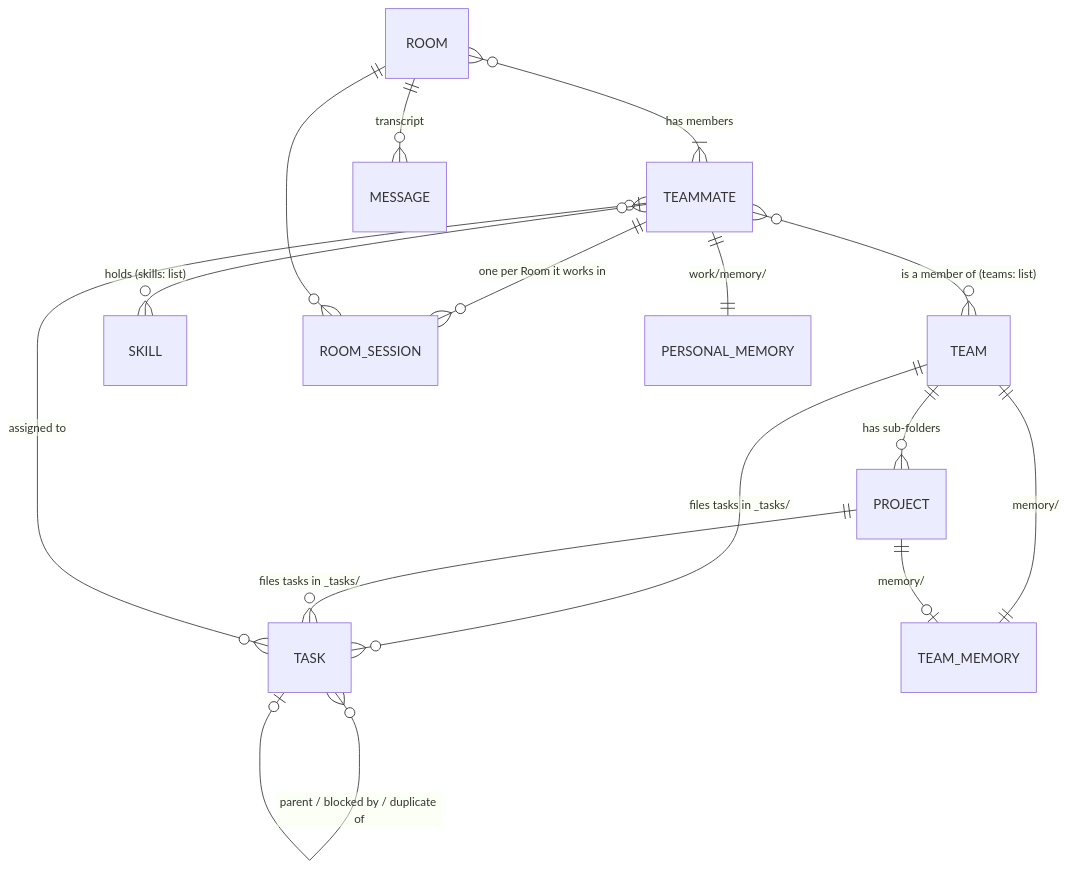
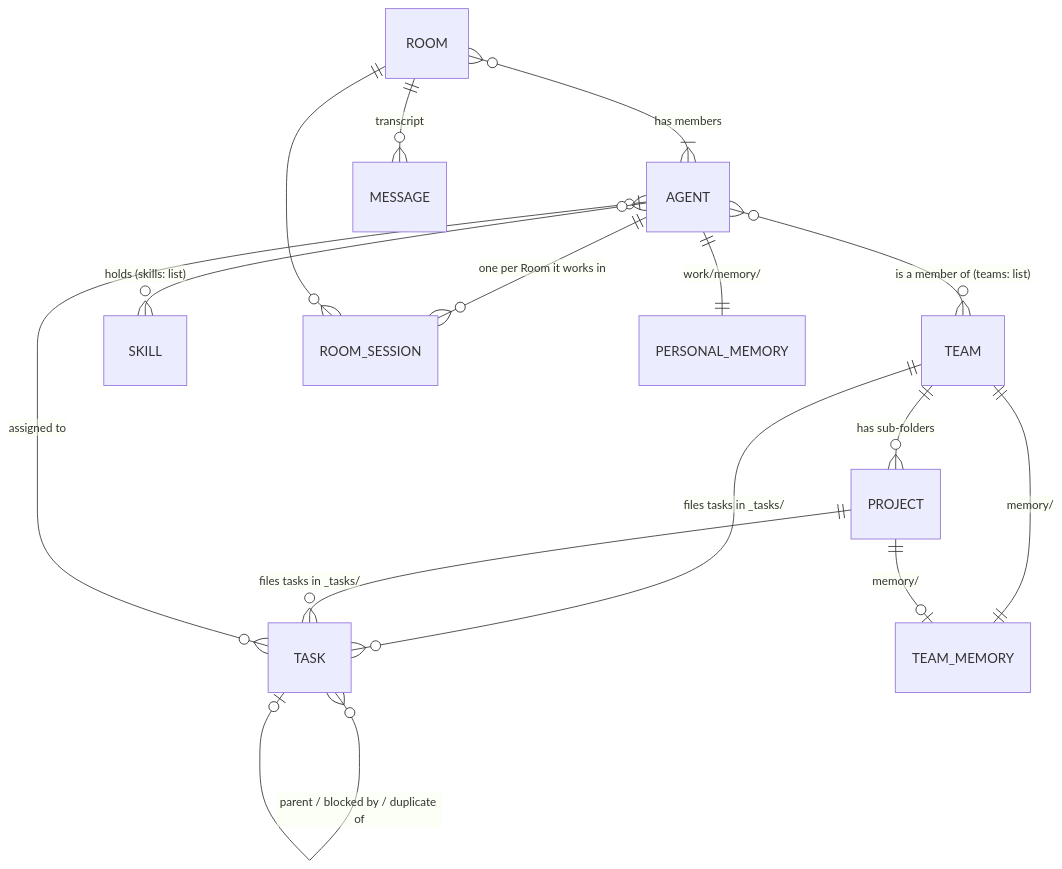
One commit to emreaydinceren/Agency.Huddle changed the diagram in docs/Huddle.UserGuide.md. Above: the diagram before and after it, drawn with Mermaid. The commit also changed other lines of this file and 904 other files, not shown here.

First line of the commit message:
refactor: rename Teammate and Team member to Agent everywhere

````diff
--- a/docs/Huddle.UserGuide.md
+++ b/docs/Huddle.UserGuide.md
@@ -321,17 +321,17 @@
 ```mermaid
 erDiagram
-    TEAMMATE }o--o{ TEAM : "is a member of (teams: list)"
+    AGENT }o--o{ TEAM : "is a member of (teams: list)"
     TEAM ||--o{ PROJECT : "has sub-folders"
     TEAM ||--o{ TASK : "files tasks in _tasks/"
     PROJECT ||--o{ TASK : "files tasks in _tasks/"
-    TASK }o--o| TEAMMATE : "assigned to"
+    TASK }o--o| AGENT : "assigned to"
     TASK }o--o| TASK : "parent / blocked by / duplicate of"
-    TEAMMATE }o--o{ SKILL : "holds (skills: list)"
-    ROOM }o--|{ TEAMMATE : "has members"
+    AGENT }o--o{ SKILL : "holds (skills: list)"
+    ROOM }o--|{ AGENT : "has members"
     ROOM ||--o{ MESSAGE : "transcript"
-    TEAMMATE ||--o{ ROOM_SESSION : "one per Room it works in"
+    AGENT ||--o{ ROOM_SESSION : "one per Room it works in"
     ROOM ||--o{ ROOM_SESSION : ""
-    TEAMMATE ||--|| PERSONAL_MEMORY : "work/memory/"
+    AGENT ||--|| PERSONAL_MEMORY : "work/memory/"
     TEAM ||--|| TEAM_MEMORY : "memory/"
     PROJECT ||--o| TEAM_MEMORY : "memory/"
 ```
````
